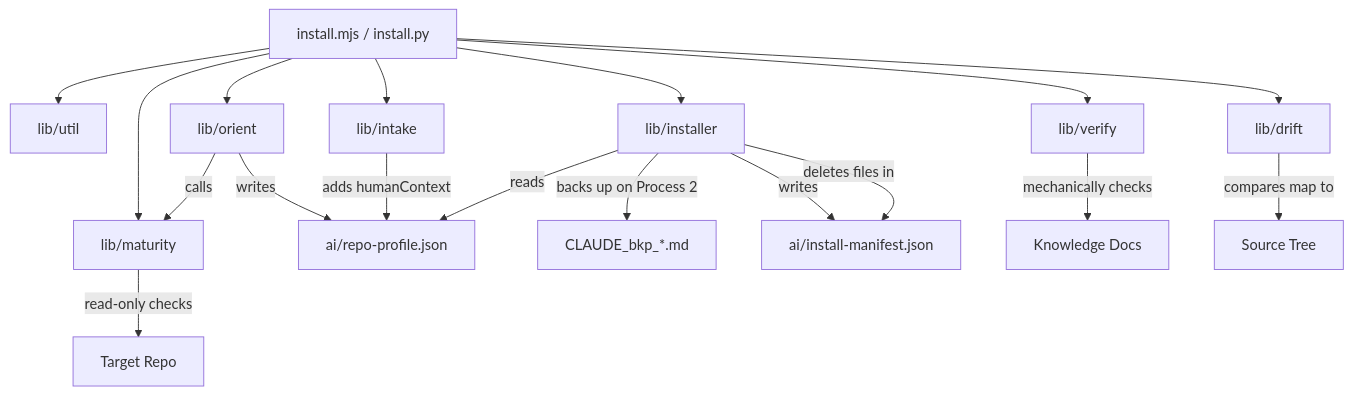
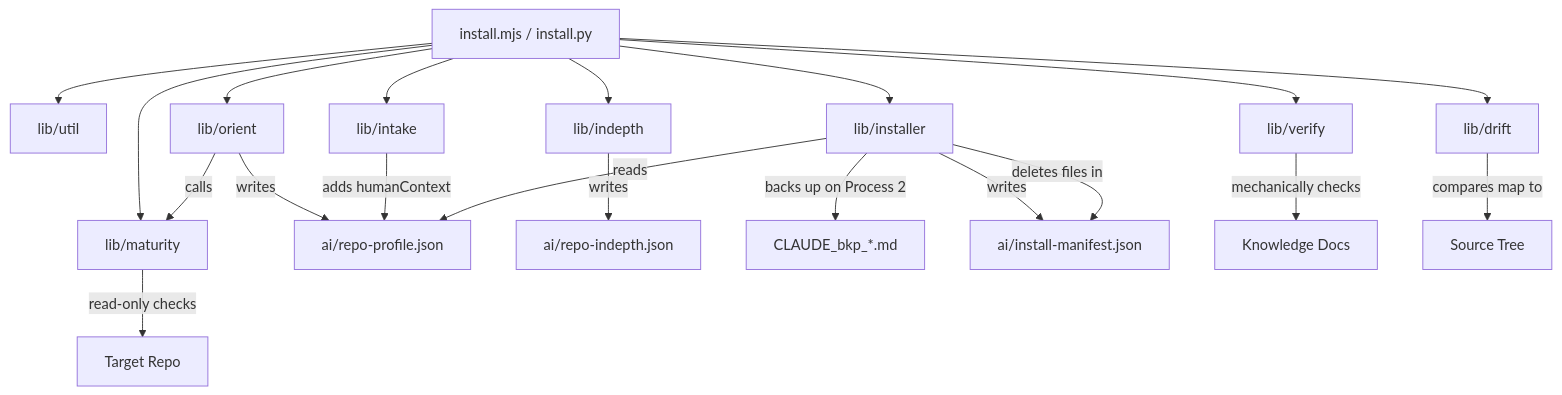
The diagram in docs/FUNCTIONALITY.md (kunalsuri/ai-fication-kit), drawn with Mermaid before and after one commit. The commit also changed other lines of this file and 7 other files, not shown here.

````diff
--- a/docs/FUNCTIONALITY.md
+++ b/docs/FUNCTIONALITY.md
@@ -15,21 +15,23 @@
 ```mermaid
 graph TD
     CLI[install.mjs / install.py] --> UTIL[lib/util]
     CLI --> MATURITY[lib/maturity]
     CLI --> ORIENT[lib/orient]
+    CLI --> INDEPTH[lib/indepth]
     CLI --> INTAKE[lib/intake]
     CLI --> INSTALLER[lib/installer]
     CLI --> VERIFY[lib/verify]
     CLI --> DRIFT[lib/drift]
 
     MATURITY -->|read-only checks| TARGET[Target Repo]
     ORIENT -->|calls| MATURITY
     ORIENT -->|writes| PROFILE[ai/repo-profile.json]
+    INDEPTH -->|writes| INDEPTHJSON[ai/repo-indepth.json]
     INTAKE -->|adds humanContext| PROFILE
     INSTALLER -->|reads| PROFILE
     INSTALLER -->|backs up on Process 2| BACKUP[CLAUDE_bkp_*.md]
     INSTALLER -->|writes| MANIFEST[ai/install-manifest.json]
     INSTALLER -->|deletes files in| MANIFEST
     VERIFY -->|mechanically checks| DOCS[Knowledge Docs]
     DRIFT -->|compares map to| TREE[Source Tree]
 ```
````
